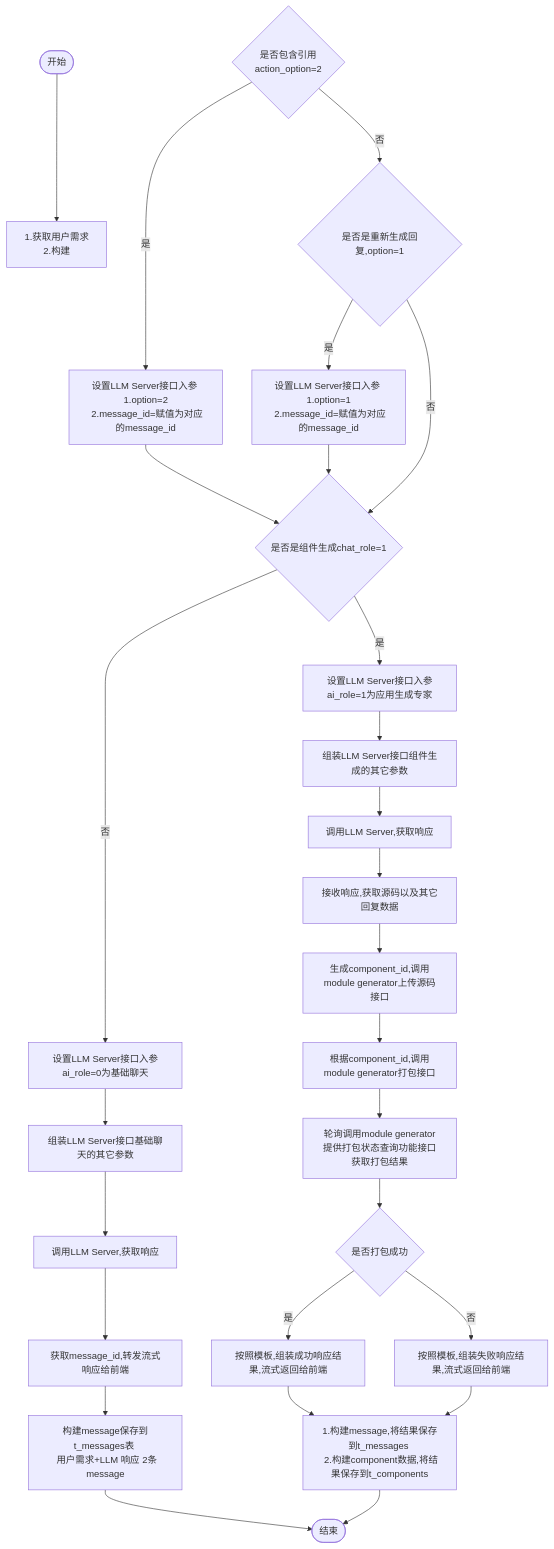
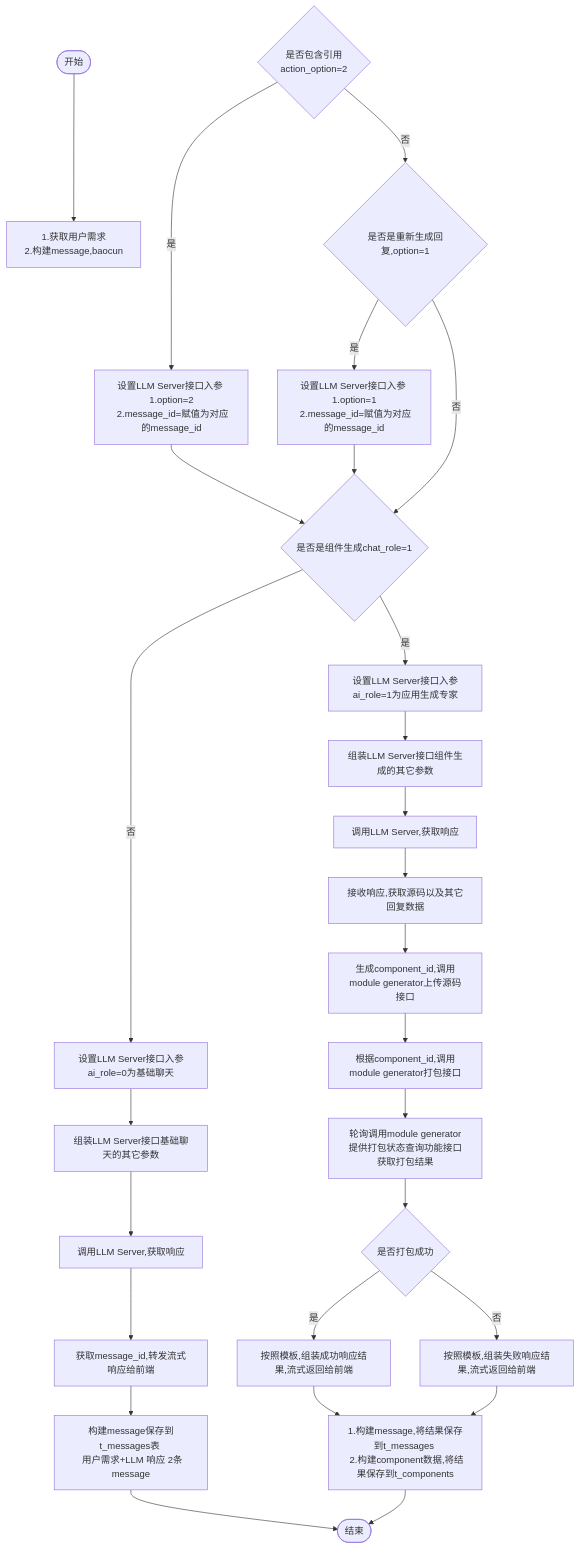
The diagram in all/w3-会话-不需要传递message.md (yingjianzh/iodraw-files), drawn with Mermaid before and after one commit.

Commit message:
2024-10-15 14:18:34 update

````diff
--- a/all/w3-会话-不需要传递message.md
+++ b/all/w3-会话-不需要传递message.md
@@ -1,34 +1,34 @@
 ```mermaid
 flowchart TD
-    A([开始]) --> B[1.获取用户需求 \n 2.构建]
+    A([开始]) --> B[1.获取用户需求 \n 2.构建message,baocun ]
     D{是否包含引用 \n action_option=2}
     D -- 是 --> E[设置LLM Server接口入参 \n 1.option=2 \n 2.message_id=赋值为对应的message_id]
     D -- 否 --> F{是否是重新生成回复,option=1}
     F -- 是 --> G[设置LLM Server接口入参 \n 1.option=1 \n 2.message_id=赋值为对应的message_id]
     F -- 否 --> I
      
     E & G --> I{是否是组件生成chat_role=1}
     I -- 否 --> K[设置LLM Server接口入参ai_role=0为基础聊天]
     I -- 是 --> J[设置LLM Server接口入参ai_role=1为应用生成专家]
     
 
     J --> L[组装LLM Server接口组件生成的其它参数]    
     K --> M[组装LLM Server接口基础聊天的其它参数]    
     M --> N[调用LLM Server,获取响应]    
     N --> O[获取message_id,转发流式响应给前端]
     O --> P[构建message保存到t_messages表 \n 用户需求+LLM 响应 2条message]
     P --> R([结束])
 
 
     L --> S[调用LLM Server,获取响应]
     S --> T[接收响应,获取源码以及其它回复数据]
     T --> U[生成component_id,调用module generator上传源码接口]
     U --> V[根据component_id,调用module generator打包接口]
     V --> W[轮询调用module generator提供打包状态查询功能接口获取打包结果]
     W --> X{是否打包成功}
     X -- 是 --> Y[按照模板,组装成功响应结果,流式返回给前端]
     X -- 否 --> Z[按照模板,组装失败响应结果,流式返回给前端]
 
     Y & Z --> Result[1.构建message,将结果保存到t_messages \n 2.构建component数据,将结果保存到t_components]
     Result --> R
 ```
````
